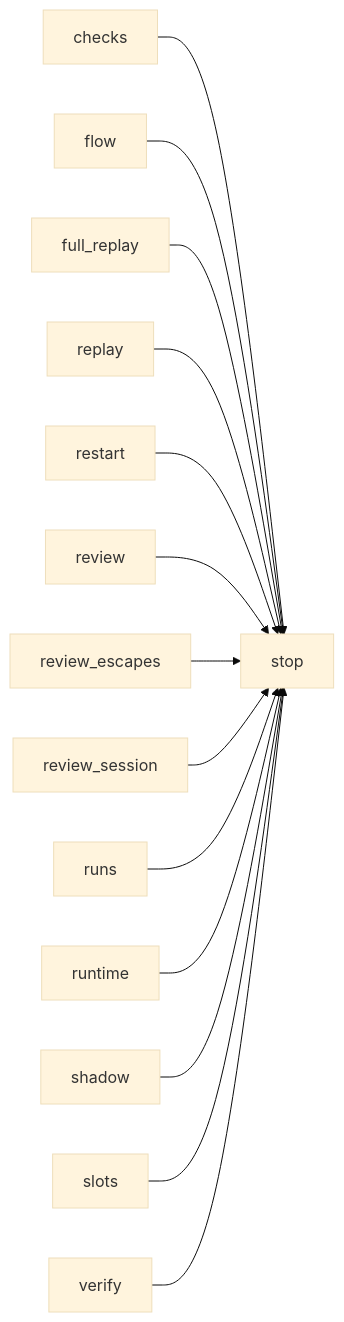
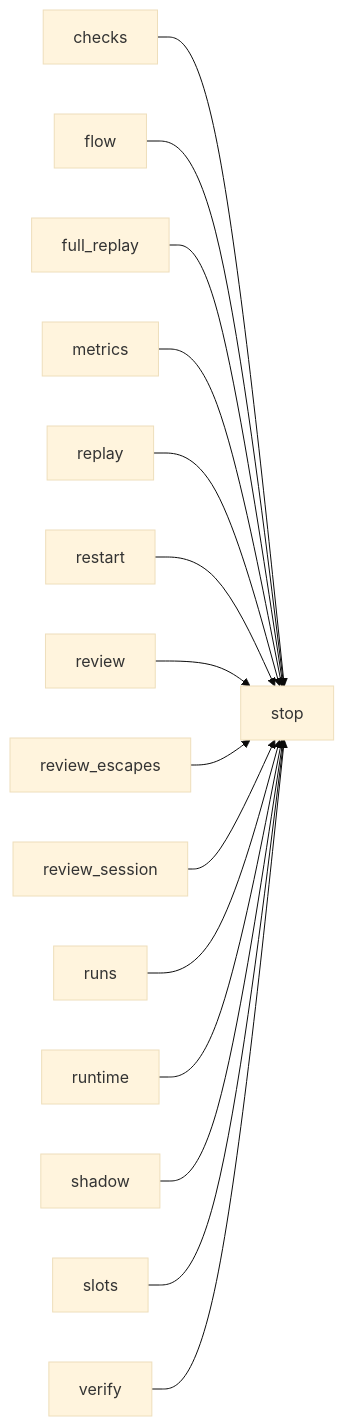
The second of 2 diagrams in docs/architecture/modules/stop.md (plaplanche/ariane), drawn with Mermaid (base theme) before and after one commit. The commit also changed 19 other files, not shown here.

````diff
--- a/docs/architecture/modules/stop.md
+++ b/docs/architecture/modules/stop.md
@@ -52,16 +52,17 @@
 ```mermaid
 flowchart LR
   checks --> stop
   flow --> stop
   full_replay --> stop
+  metrics --> stop
   replay --> stop
   restart --> stop
   review --> stop
   review_escapes --> stop
   review_session --> stop
   runs --> stop
   runtime --> stop
   shadow --> stop
   slots --> stop
   verify --> stop
 ```
````
